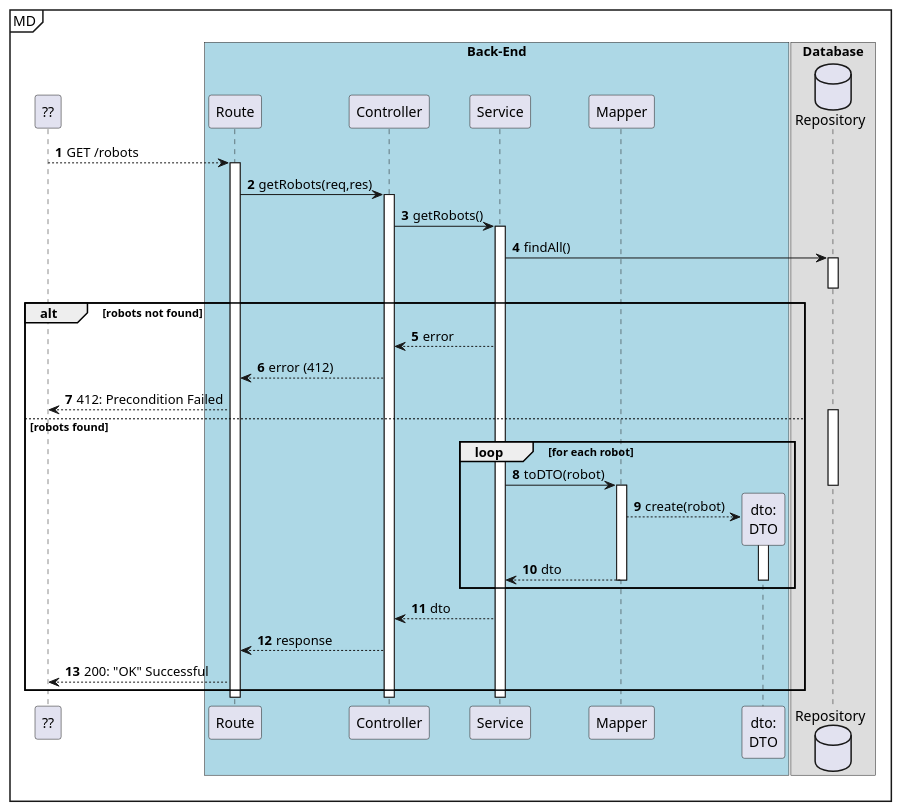
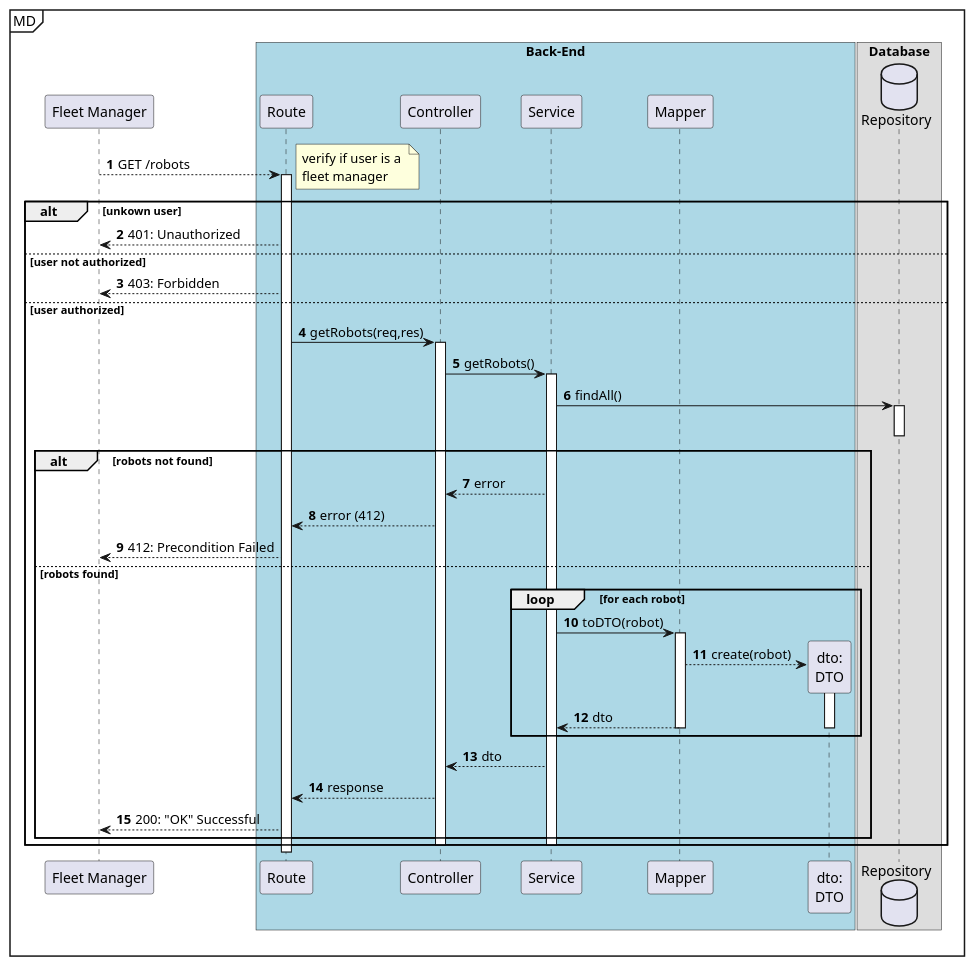
Before and after one commit to Departamento-de-Engenharia-Informatica/lapr5-23-24-g19: the diagram in docs/us380/level3/process-view.puml, drawn with PlantUML. The commit also changed 16 other files, not shown here.

```diff
--- a/docs/us380/level3/process-view.puml
+++ b/docs/us380/level3/process-view.puml
@@ -1,56 +1,63 @@
 @startuml
 autonumber
 
-participant "??" as ui
+participant "Fleet Manager" as ui
 
 mainframe MD
 box "Back-End" #LightBlue
 participant "Route" as r
 participant "Controller" as ctrl
 participant "Service" as svc
 
 participant "Mapper" as map
 participant "dto:\nDTO" as dto
 end box
 
 box "Database"
 database "Repository" as repo
 end box
 
 ui--> r: GET /robots
     activate r
+note right : verify if user is a \nfleet manager
+    alt unkown user
+        r --> ui : 401: Unauthorized
+    else user not authorized
+        r --> ui : 403: Forbidden
+    else user authorized
         r -> ctrl : getRobots(req,res)
         activate ctrl
             ctrl -> svc : getRobots()
             activate svc
                 svc -> repo : findAll()
                 activate repo
                 deactivate repo
 
                 alt robots not found
                     svc --> ctrl : error
                     ctrl --> r : error (412)
                     ui<--r : 412: Precondition Failed
                 else robots found
 
                 loop for each robot
-                    activate repo
+
                         svc -> map : toDTO(robot)
-                    deactivate repo
+
 
                     activate map
                         map --> dto** : create(robot)
                         activate dto
                             map --> svc : dto
                         deactivate dto
                     deactivate map
                 end loop
                     svc --> ctrl : dto
                     ctrl --> r : response
                     ui<-- r : 200: "OK" Successful
                 end
             deactivate svc
         deactivate ctrl
+        end
     deactivate r
 
 @enduml
```
